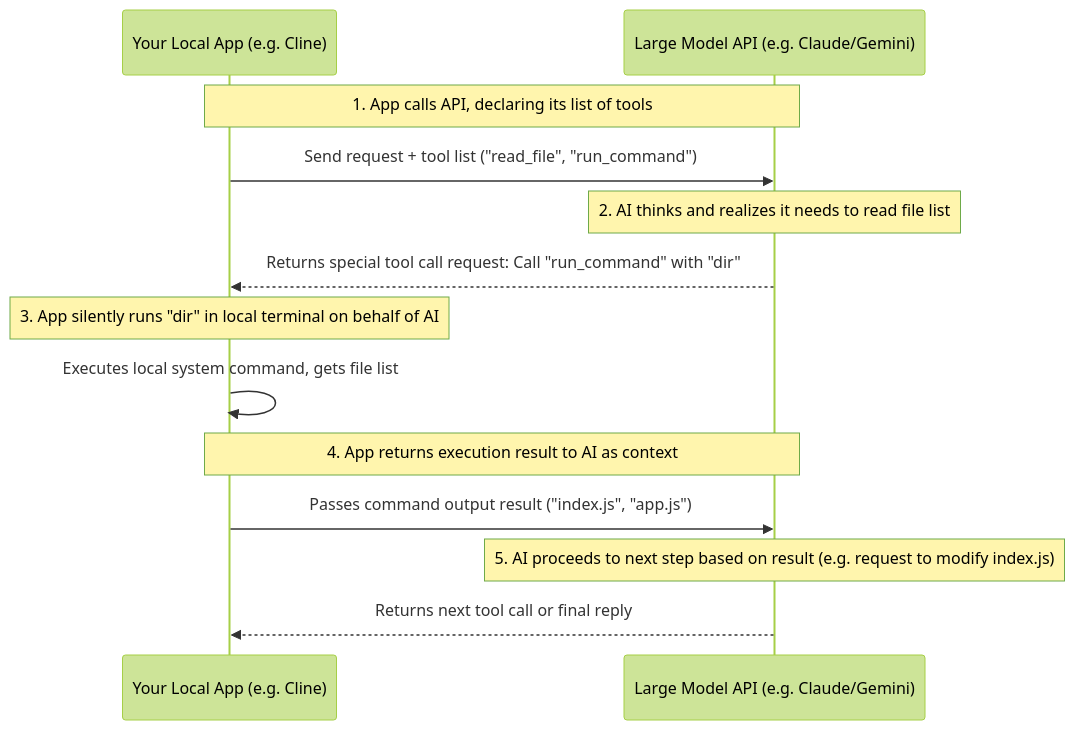
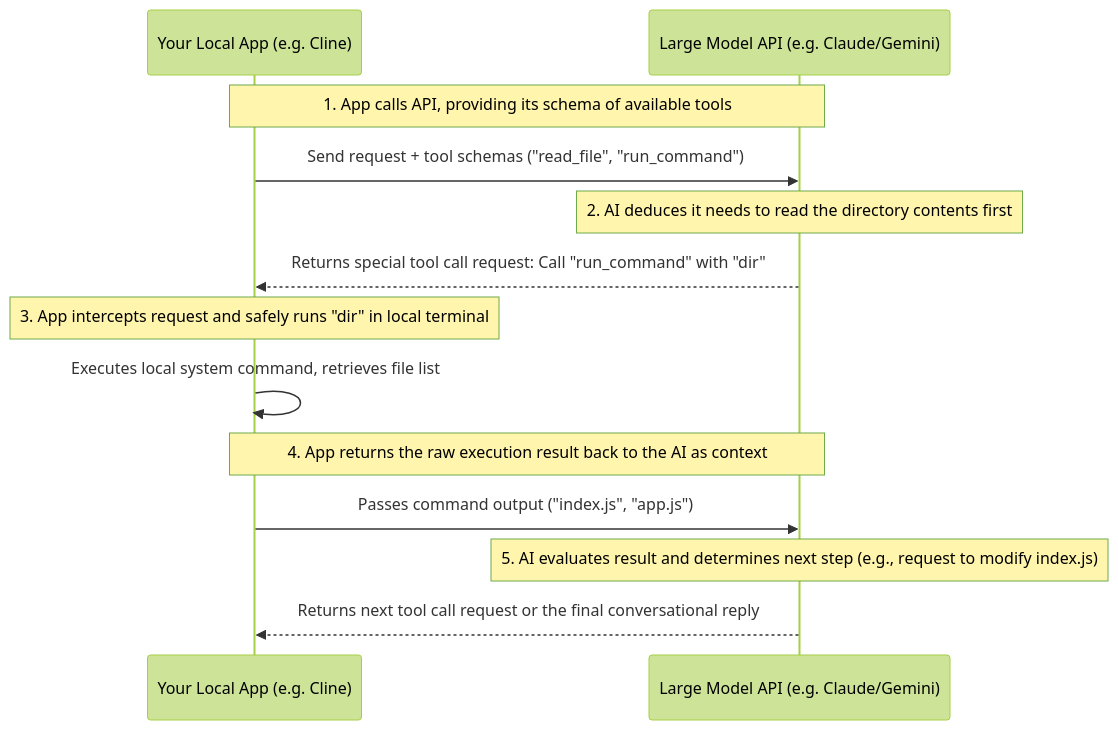
The diagram in i18n/en/docusaurus-plugin-content-docs/current/api.md (ruanqizhen/cocode), drawn with Mermaid (forest theme) before and after one commit. The commit also changed other lines of this file and 41 other files, not shown here.

````diff
--- a/i18n/en/docusaurus-plugin-content-docs/current/api.md
+++ b/i18n/en/docusaurus-plugin-content-docs/current/api.md
@@ -67,17 +62,16 @@
 ```mermaid
 sequenceDiagram
     participant App as Your Local App (e.g. Cline)
     participant AI as Large Model API (e.g. Claude/Gemini)
     
-    Note over App, AI: 1. App calls API, declaring its list of tools
-    App->>AI: Send request + tool list ("read_file", "run_command")
-    Note over AI: 2. AI thinks and realizes it needs to read file list
+    Note over App, AI: 1. App calls API, providing its schema of available tools
+    App->>AI: Send request + tool schemas ("read_file", "run_command")
+    Note over AI: 2. AI deduces it needs to read the directory contents first
     AI-->>App: Returns special tool call request: Call "run_command" with "dir"
-    Note over App: 3. App silently runs "dir" in local terminal on behalf of AI
-    App->>App: Executes local system command, gets file list
-    Note over App, AI: 4. App returns execution result to AI as context
-    App->>AI: Passes command output result ("index.js", "app.js")
-    Note over AI: 5. AI proceeds to next step based on result (e.g. request to modify index.js)
-    AI-->>App: Returns next tool call or final reply
-
+    Note over App: 3. App intercepts request and safely runs "dir" in local terminal
+    App->>App: Executes local system command, retrieves file list
+    Note over App, AI: 4. App returns the raw execution result back to the AI as context
+    App->>AI: Passes command output ("index.js", "app.js")
+    Note over AI: 5. AI evaluates result and determines next step (e.g., request to modify index.js)
+    AI-->>App: Returns next tool call request or the final conversational reply
 ```
````
